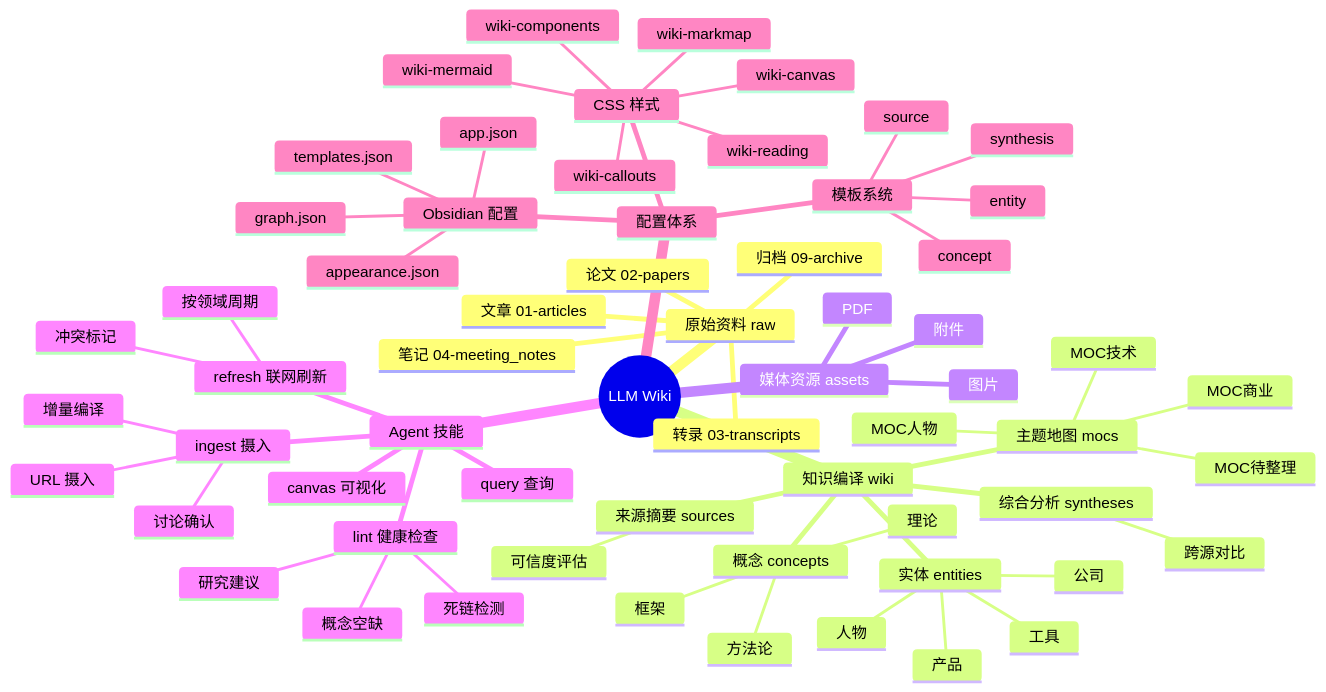
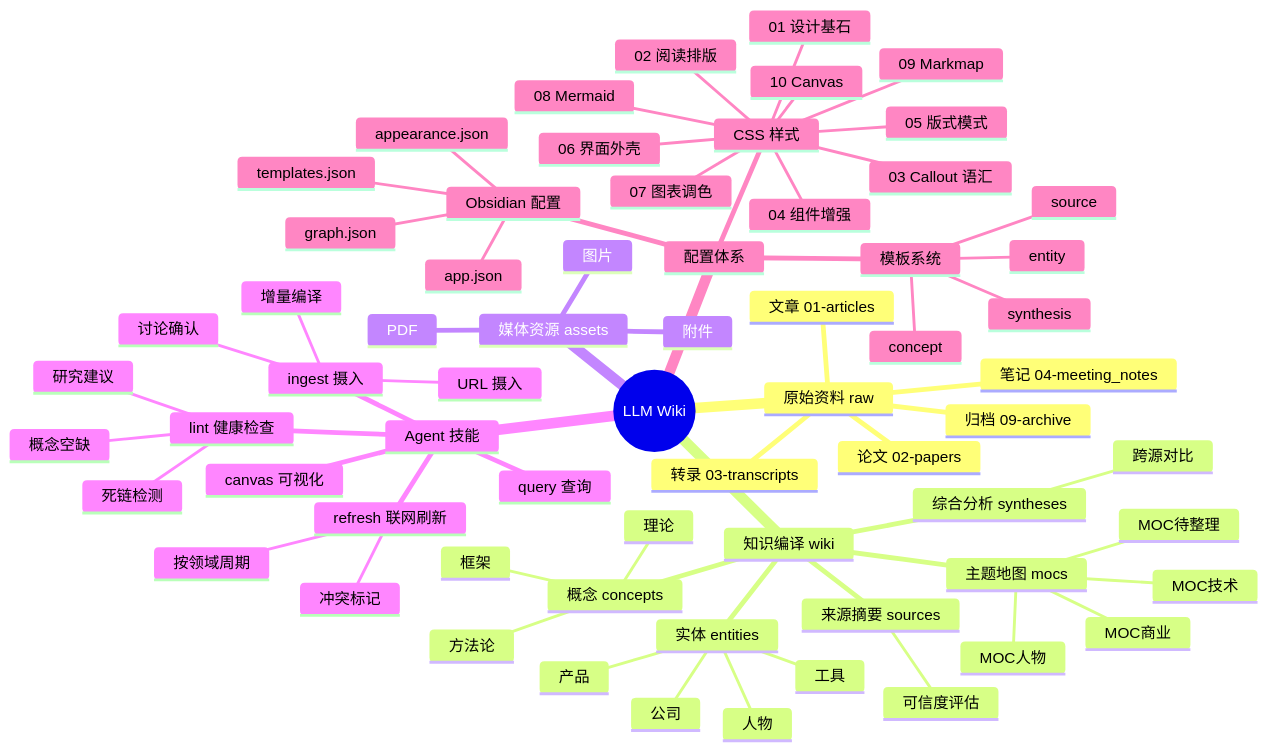
Before and after one commit to dantiansai/init-knowledge-base: the first of 5 diagrams in _templates/wiki/mocs/Mindmap-知识库全景.md, drawn with Mermaid. The commit also changed other lines of this file and 27 other files, not shown here.

````diff
--- a/_templates/wiki/mocs/Mindmap-知识库全景.md
+++ b/_templates/wiki/mocs/Mindmap-知识库全景.md
@@ -21,65 +21,69 @@
 ```mermaid
 mindmap
   root((LLM Wiki))
     原始资料 raw
       文章 01-articles
       论文 02-papers
       转录 03-transcripts
       笔记 04-meeting_notes
       归档 09-archive
     知识编译 wiki
       概念 concepts
         框架
         方法论
         理论
       实体 entities
         人物
         公司
         工具
         产品
       来源摘要 sources
         可信度评估
       综合分析 syntheses
         跨源对比
       主题地图 mocs
         MOC技术
         MOC商业
         MOC人物
         MOC待整理
     媒体资源 assets
       图片
       PDF
       附件
     Agent 技能
       ingest 摄入
         增量编译
         讨论确认
         URL 摄入
       query 查询
       lint 健康检查
         死链检测
         概念空缺
         研究建议
       refresh 联网刷新
         按领域周期
         冲突标记
       canvas 可视化
     配置体系
       Obsidian 配置
         app.json
         appearance.json
         templates.json
         graph.json
       CSS 样式
-        wiki-reading
-        wiki-callouts
-        wiki-components
-        wiki-mermaid
-        wiki-markmap
-        wiki-canvas
+        01 设计基石
+        02 阅读排版
+        03 Callout 语汇
+        04 组件增强
+        05 版式模式
+        06 界面外壳
+        07 图表调色
+        08 Mermaid
+        09 Markmap
+        10 Canvas
       模板系统
         entity
         concept
         source
         synthesis
 ```
````
